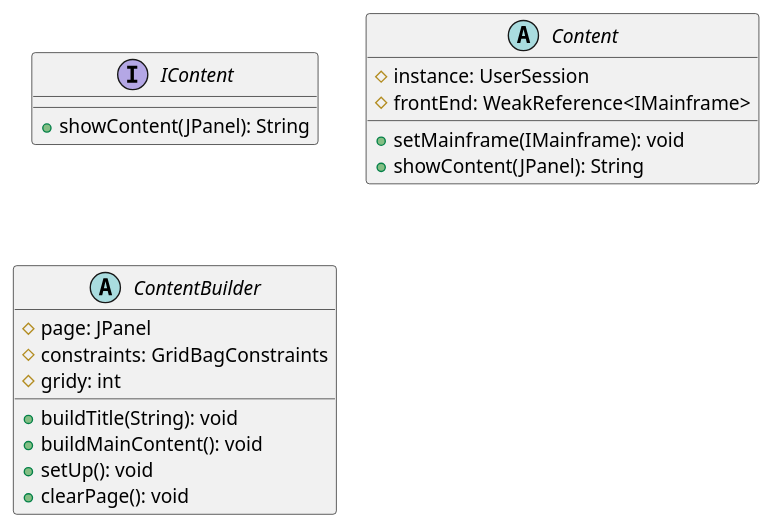
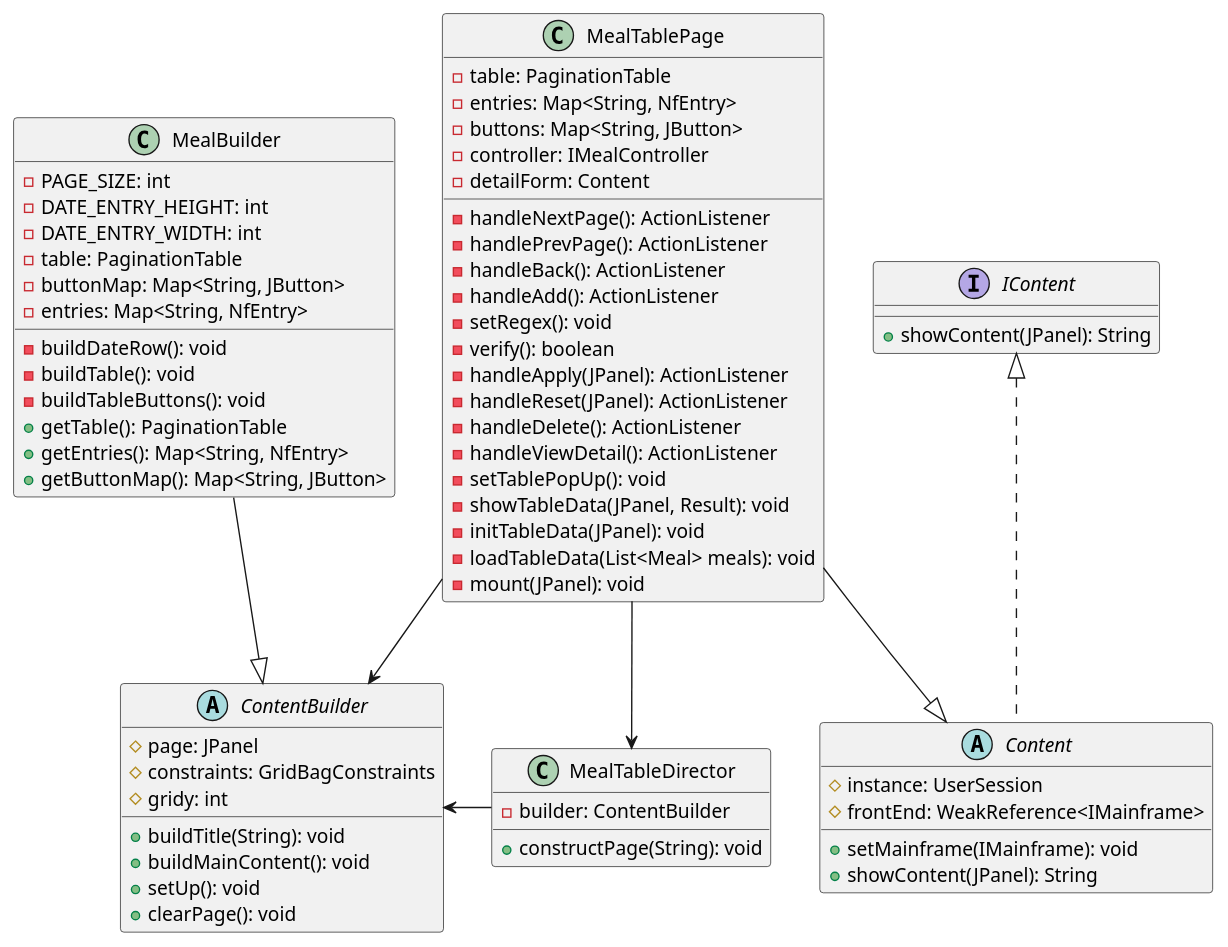
Before and after one commit to leidZhang/Nutrifit: the diagram in doc/class-diagram/frontend/meal/MealTable.puml, drawn with PlantUML. The commit also changed 45 other files, not shown here.

```diff
--- a/doc/class-diagram/frontend/meal/MealTable.puml
+++ b/doc/class-diagram/frontend/meal/MealTable.puml
@@ -1,27 +1,80 @@
 @startuml
 'https://plantuml.com/class-diagram
 
 interface IContent {
   +showContent(JPanel): String
 }
 
 abstract class Content {
     #instance: UserSession
     #frontEnd: WeakReference<IMainframe>
 
     +setMainframe(IMainframe): void
     +showContent(JPanel): String
 }
 
 abstract class ContentBuilder {
     #page: JPanel
     #constraints: GridBagConstraints
     #gridy: int
 
     +buildTitle(String): void
     +buildMainContent(): void
     +setUp(): void
     +clearPage(): void
 }
 
+class MealBuilder {
+  - PAGE_SIZE: int
+  - DATE_ENTRY_HEIGHT: int
+  - DATE_ENTRY_WIDTH: int
+  - table: PaginationTable
+  - buttonMap: Map<String, JButton>
+  - entries: Map<String, NfEntry>
+
+  - buildDateRow(): void
+  - buildTable(): void
+  - buildTableButtons(): void
+  + getTable(): PaginationTable
+  + getEntries(): Map<String, NfEntry>
+  + getButtonMap(): Map<String, JButton>
+}
+
+class MealTableDirector {
+  - builder: ContentBuilder
+
+  + constructPage(String): void
+}
+
+class MealTablePage {
+  - table: PaginationTable
+  - entries: Map<String, NfEntry>
+  - buttons: Map<String, JButton>
+  - controller: IMealController
+  - detailForm: Content
+
+  - handleNextPage(): ActionListener
+  - handlePrevPage(): ActionListener
+  - handleBack(): ActionListener
+  - handleAdd(): ActionListener
+  - setRegex(): void
+  - verify(): boolean
+  - handleApply(JPanel): ActionListener
+  - handleReset(JPanel): ActionListener
+  - handleDelete(): ActionListener
+  - handleViewDetail(): ActionListener
+  - setTablePopUp(): void
+  - showTableData(JPanel, Result): void
+  - initTableData(JPanel): void
+  - loadTableData(List<Meal> meals): void
+  - mount(JPanel): void
+}
+
+MealTablePage --|> Content
+MealTablePage --> MealTableDirector
+MealTablePage --> ContentBuilder
+Content .up.|> IContent
+MealBuilder --|> ContentBuilder
+MealTableDirector -left-> ContentBuilder
+
 @enduml
```
